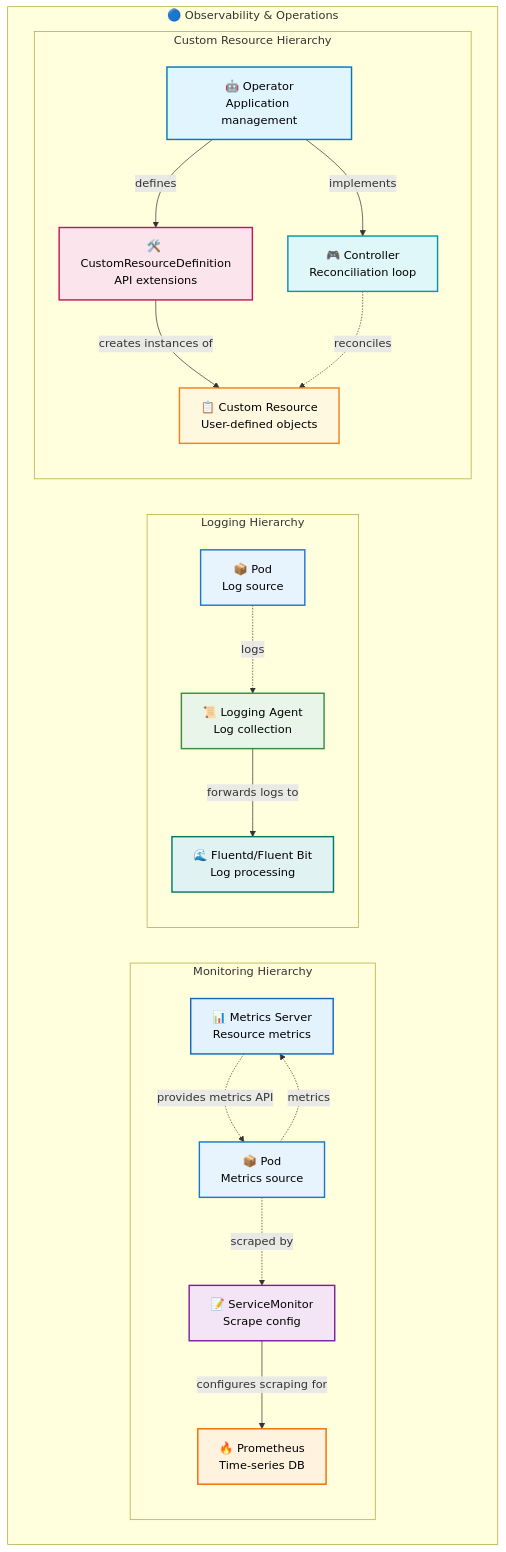
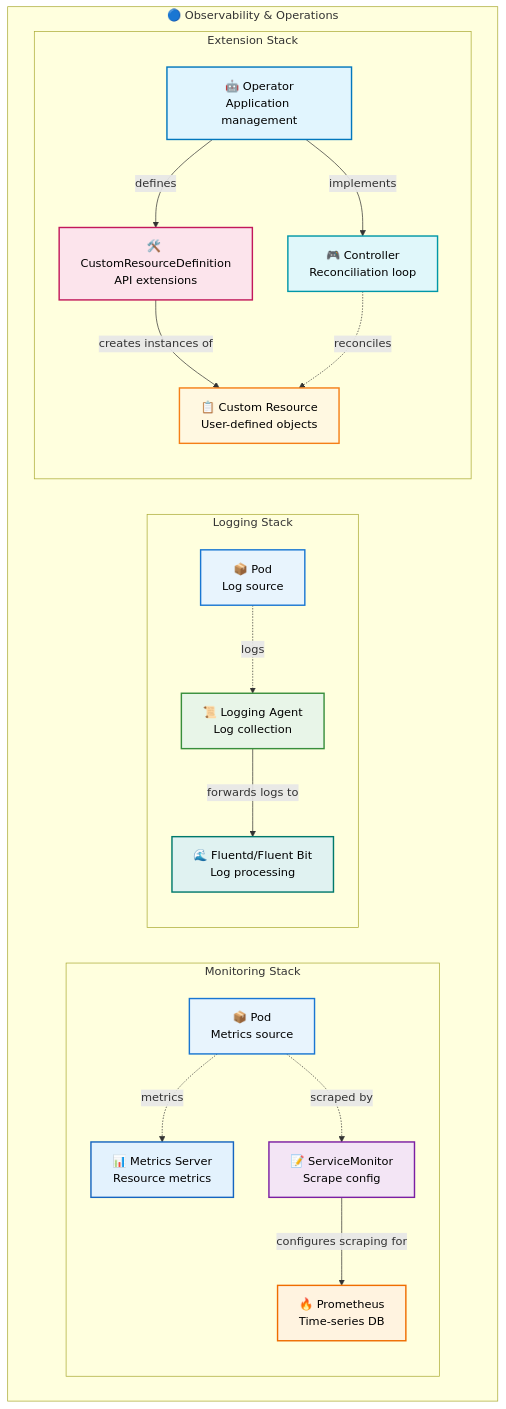
The ninth of 9 diagrams in 1.4_distributed_systems/kubernetes_resource_hierarchy_guide.md (razkevich/system_design_course), drawn with Mermaid before and after one commit. The commit also changed other lines of this file, not shown here.

````diff
--- a/1.4_distributed_systems/kubernetes_resource_hierarchy_guide.md
+++ b/1.4_distributed_systems/kubernetes_resource_hierarchy_guide.md
@@ -325,50 +383,50 @@
 ```mermaid
 flowchart TD
     subgraph "🔵 Observability & Operations"
         
-        subgraph "Monitoring Hierarchy"
+        MonitoredPod["📦 Pod<br/>Metrics source"]
+        LogPod["📦 Pod<br/>Log source"]
+        
+        subgraph "Monitoring Stack"
             MetricsServer["📊 Metrics Server<br/>Resource metrics"]
+            ServiceMonitor["📝 ServiceMonitor<br/>Scrape config"]
             Prometheus["🔥 Prometheus<br/>Time-series DB"]
-            ServiceMonitor["📝 ServiceMonitor<br/>Scrape config"]
-            MonitoredPod["📦 Pod<br/>Metrics source"]
             
+            MonitoredPod -.->|"metrics"| MetricsServer
+            MonitoredPod -.->|"scraped by"| ServiceMonitor
             ServiceMonitor -->|"configures scraping for"| Prometheus
-            MetricsServer -.->|"provides metrics API"| MonitoredPod
-            MonitoredPod -.->|"scraped by"| ServiceMonitor
-            MonitoredPod -.->|"metrics"| MetricsServer
         end
         
-        subgraph "Logging Hierarchy"
+        subgraph "Logging Stack"
             LoggingAgent["📜 Logging Agent<br/>Log collection"]
             Fluentd["🌊 Fluentd/Fluent Bit<br/>Log processing"]
-            LogPod["📦 Pod<br/>Log source"]
             
             LogPod -.->|"logs"| LoggingAgent
             LoggingAgent -->|"forwards logs to"| Fluentd
         end
         
-        subgraph "Custom Resource Hierarchy"
-            Operator["🤖 Operator<br/>Application management"]
-            Controller["🎮 Controller<br/>Reconciliation loop"]
+        subgraph "Extension Stack"
             CRD["🛠️ CustomResourceDefinition<br/>API extensions"]
             CustomResource["📋 Custom Resource<br/>User-defined objects"]
+            Controller["🎮 Controller<br/>Reconciliation loop"]
+            Operator["🤖 Operator<br/>Application management"]
             
+            CRD -->|"creates instances of"| CustomResource
+            Controller -.->|"reconciles"| CustomResource
             Operator -->|"implements"| Controller
             Operator -->|"defines"| CRD
-            CRD -->|"creates instances of"| CustomResource
-            Controller -.->|"reconciles"| CustomResource
         end
     end
     
     style MonitoredPod fill:#e8f4fd,stroke:#1976d2,stroke-width:2px,color:#000
     style LogPod fill:#e8f4fd,stroke:#1976d2,stroke-width:2px,color:#000
     style MetricsServer fill:#e3f2fd,stroke:#1565c0,stroke-width:2px,color:#000
     style Prometheus fill:#fff3e0,stroke:#ef6c00,stroke-width:2px,color:#000
     style ServiceMonitor fill:#f3e5f5,stroke:#7b1fa2,stroke-width:2px,color:#000
     style LoggingAgent fill:#e8f5e8,stroke:#388e3c,stroke-width:2px,color:#000
     style Fluentd fill:#e0f2f1,stroke:#00796b,stroke-width:2px,color:#000
     style Operator fill:#e1f5fe,stroke:#0277bd,stroke-width:2px,color:#000
     style Controller fill:#e0f7fa,stroke:#0097a7,stroke-width:2px,color:#000
     style CRD fill:#fce4ec,stroke:#c2185b,stroke-width:2px,color:#000
     style CustomResource fill:#fff8e1,stroke:#f57f17,stroke-width:2px,color:#000
 ```
````
